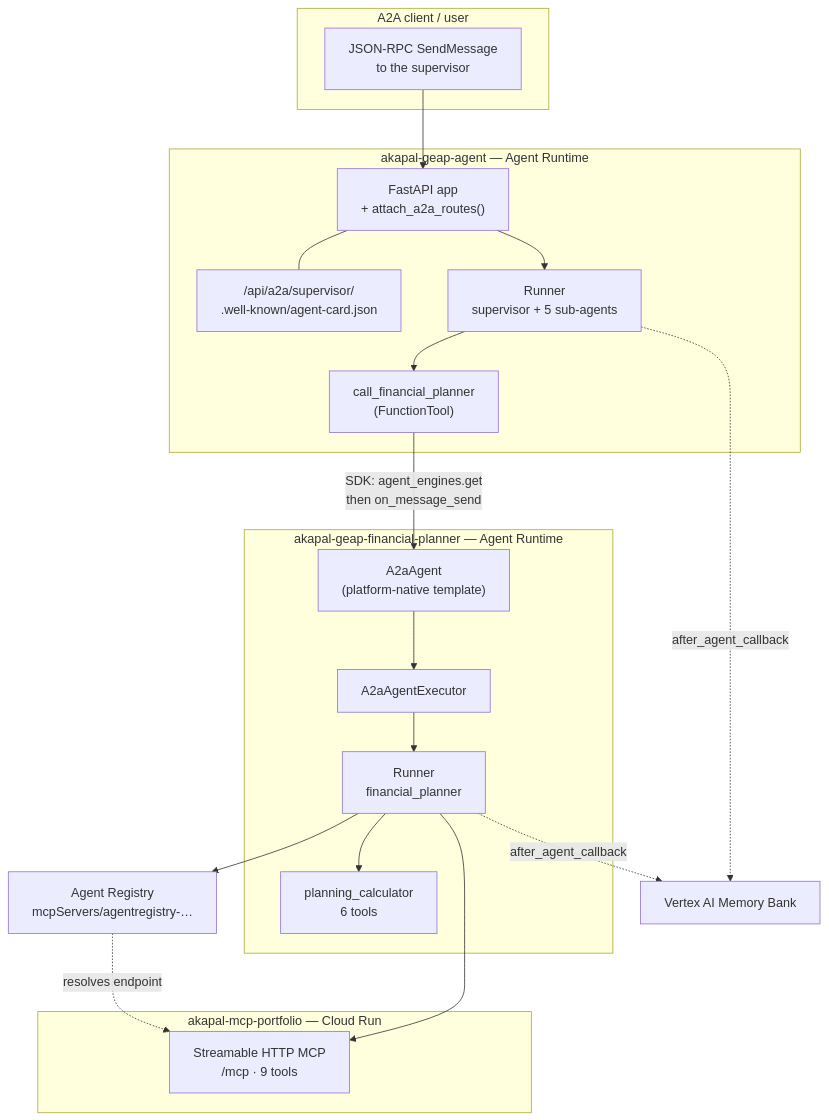
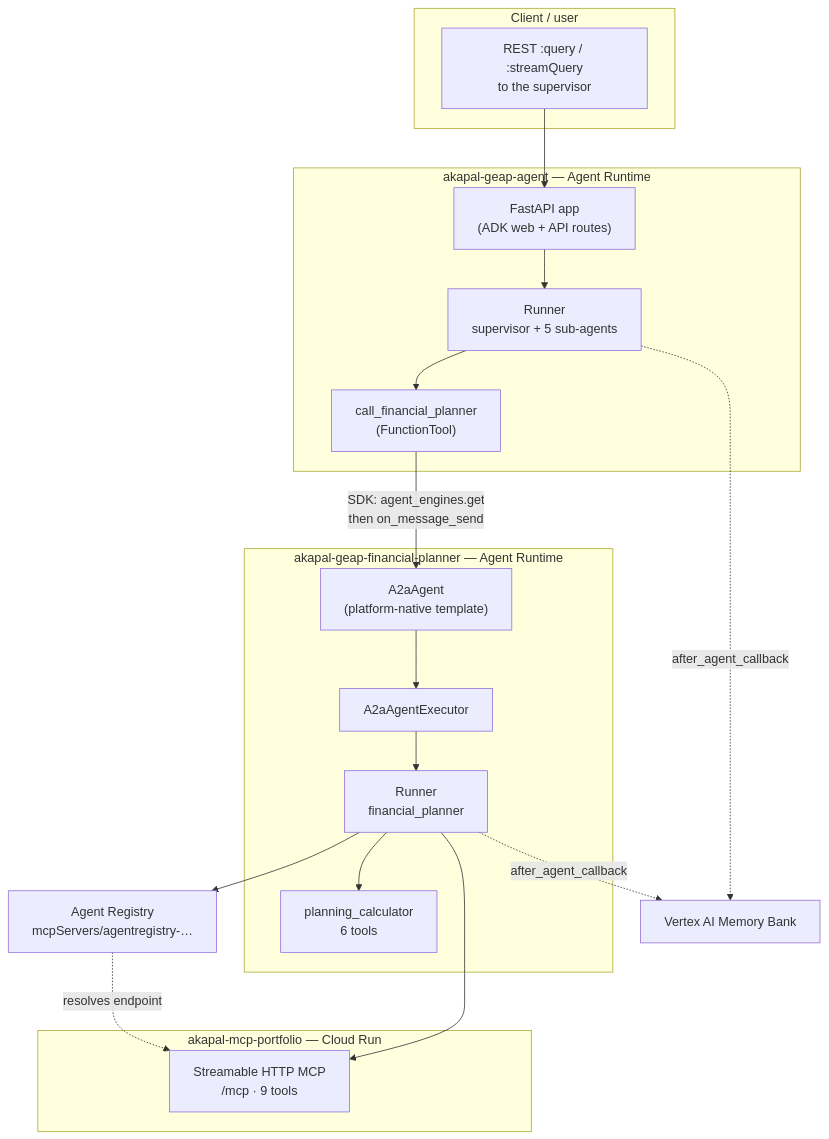
The diagram in docs/AGENT_RUNTIME_A2A.md (akashh94/akapal-geap-agent), drawn with Mermaid before and after one commit. The commit also changed other lines of this file and 5 other files, not shown here.

````diff
--- a/docs/AGENT_RUNTIME_A2A.md
+++ b/docs/AGENT_RUNTIME_A2A.md
@@ -65,40 +74,38 @@
 ```mermaid
 flowchart TB
-    subgraph Client["A2A client / user"]
-        Caller["JSON-RPC SendMessage<br/>to the supervisor"]
+    subgraph Client["Client / user"]
+        Caller["REST :query / :streamQuery<br/>to the supervisor"]
     end
 
     subgraph Sup["akapal-geap-agent — Agent Runtime"]
-        SupApp["FastAPI app<br/>+ attach_a2a_routes()"]
-        SupCard["/api/a2a/supervisor/<br/>.well-known/agent-card.json"]
+        SupApp["FastAPI app<br/>(ADK web + API routes)"]
         Tool["call_financial_planner<br/>(FunctionTool)"]
         Runner1["Runner<br/>supervisor + 5 sub-agents"]
     end
 
     subgraph Plan["akapal-geap-financial-planner — Agent Runtime"]
         A2aAgent["A2aAgent<br/>(platform-native template)"]
         Exec["A2aAgentExecutor"]
         Runner2["Runner<br/>financial_planner"]
         Calc["planning_calculator<br/>6 tools"]
     end
 
     subgraph Mcp["akapal-mcp-portfolio — Cloud Run"]
         McpSrv["Streamable HTTP MCP<br/>/mcp · 9 tools"]
     end
 
     Registry["Agent Registry<br/>mcpServers/agentregistry-…"]
 
     Caller --> SupApp
-    SupApp --- SupCard
     SupApp --> Runner1 --> Tool
     Tool -->|"SDK: agent_engines.get<br/>then on_message_send"| A2aAgent
     A2aAgent --> Exec --> Runner2
     Runner2 --> Calc
     Runner2 --> Registry
     Registry -.->|"resolves endpoint"| McpSrv
     Runner2 --> McpSrv
 
     Bank["Vertex AI Memory Bank"]
     Runner1 -.->|"after_agent_callback"| Bank
     Runner2 -.->|"after_agent_callback"| Bank
 ```
````
